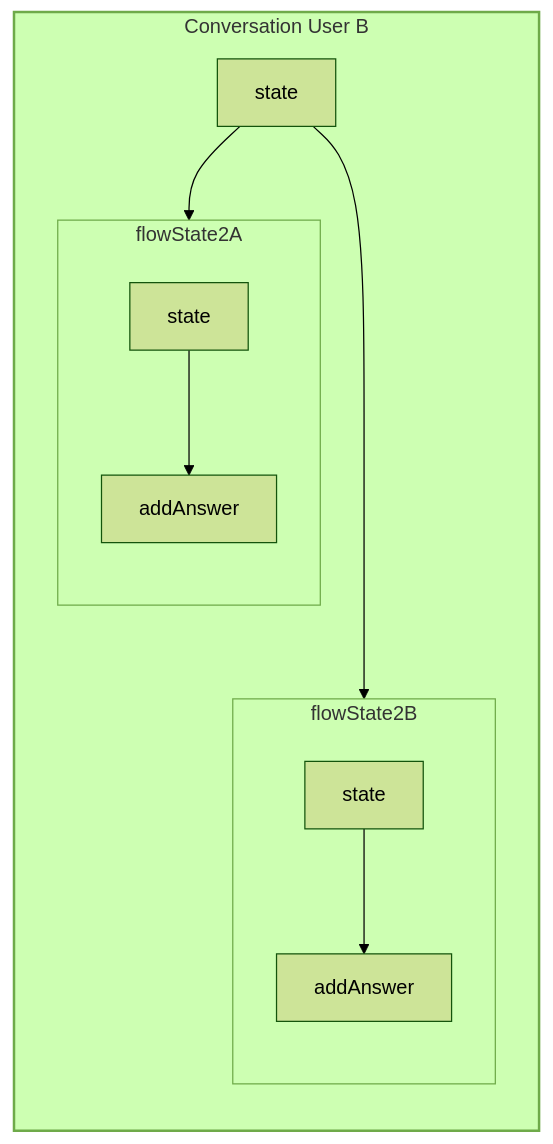
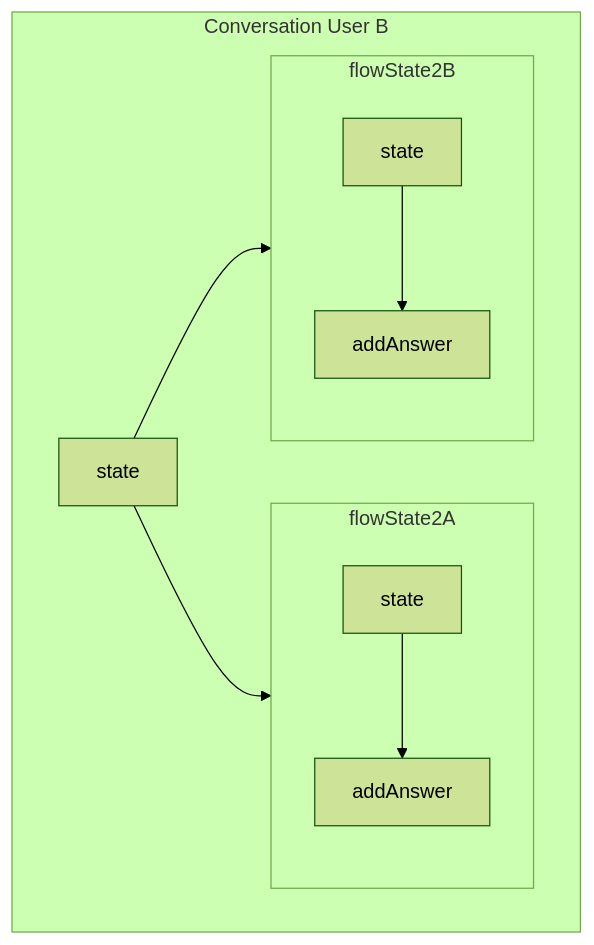
One commit to codigoencasa/documentation changed the second of 4 diagrams in src/pages/en/methods/index.mdx. Above: the diagram before and after it, drawn with Mermaid (forest theme). The commit also changed other lines of this file and 51 other files, not shown here.

````diff
--- a/src/pages/en/methods/index.mdx
+++ b/src/pages/en/methods/index.mdx
@@ -112,21 +107,17 @@
 ```mermaid
 flowchart LR
-    subgraph subState2[Conversation User B]
-      style subState2 fill:##fdf8e1,stroke:##ffffef,stroke-width:2px
-      subgraph flowState2A
-          direction TB
-          topState21[state] --> bottom1[addAnswer]
-      end
-      subgraph flowState2B
-          direction TB
-          topState22[state] --> bottom2[addAnswer]
-      end
-      %% ^ These subgraphs are identical, except for the links to them:
-
-      %% Link *to* flowState2A: flowState2A direction is maintained
-      state --> flowState2A
-      %% Link *within* flowState2B:
-      %% flowState2B inherits the direction of the top-level graph (LR)
-      state ---> topState22
+    subgraph conv2[Conversation User B]
+        direction LR
+        state2[state]
+        subgraph flowState2A
+            direction TB
+            s2a[state] --> a2a[addAnswer]
+        end
+        subgraph flowState2B
+            direction TB
+            s2b[state] --> a2b[addAnswer]
+        end
+        state2 --> flowState2A
+        state2 --> flowState2B
     end
 ```
````
